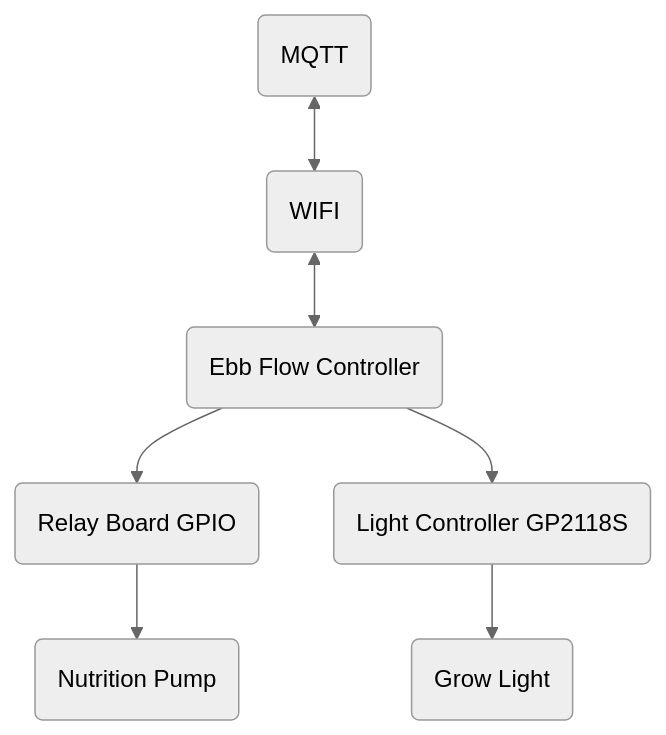
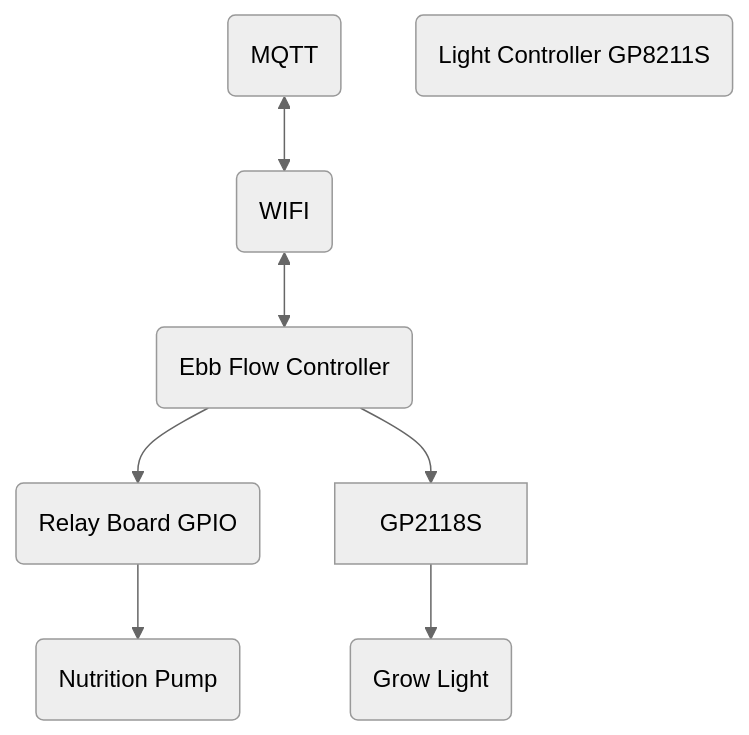
One commit to phofmeier/EbbFlowControl changed the diagram in README.md. Above: the diagram before and after it, drawn with Mermaid (neutral theme). The commit also changed other lines of this file and 1 other file, not shown here.

````diff
--- a/README.md
+++ b/README.md
@@ -66,19 +68,19 @@
 ```mermaid
 graph TD
 
 WIFI(WIFI)
 MQTT(MQTT)
 
 NutritionPump(Nutrition Pump)
 RelayBoard(Relay Board GPIO)
 GrowLight(Grow Light)
-GP2118S(Light Controller GP2118S)
+GP8211S(Light Controller GP8211S)
 EbbFlowControl(Ebb Flow Controller)
 
 MQTT <--> WIFI;
 WIFI <--> EbbFlowControl;
 EbbFlowControl --> RelayBoard
 RelayBoard --> NutritionPump
 EbbFlowControl --> GP2118S
 GP2118S --> GrowLight
 ```
````
